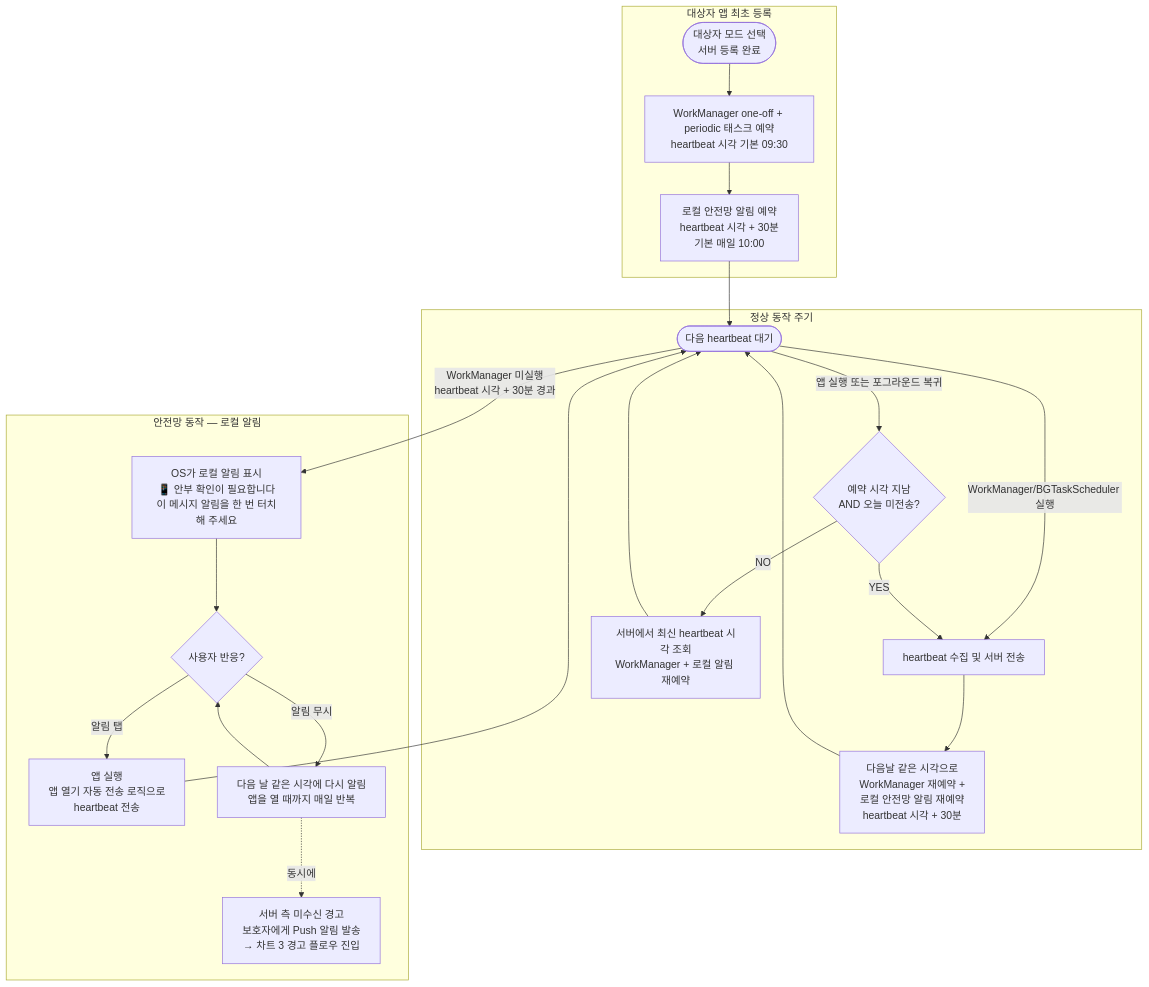
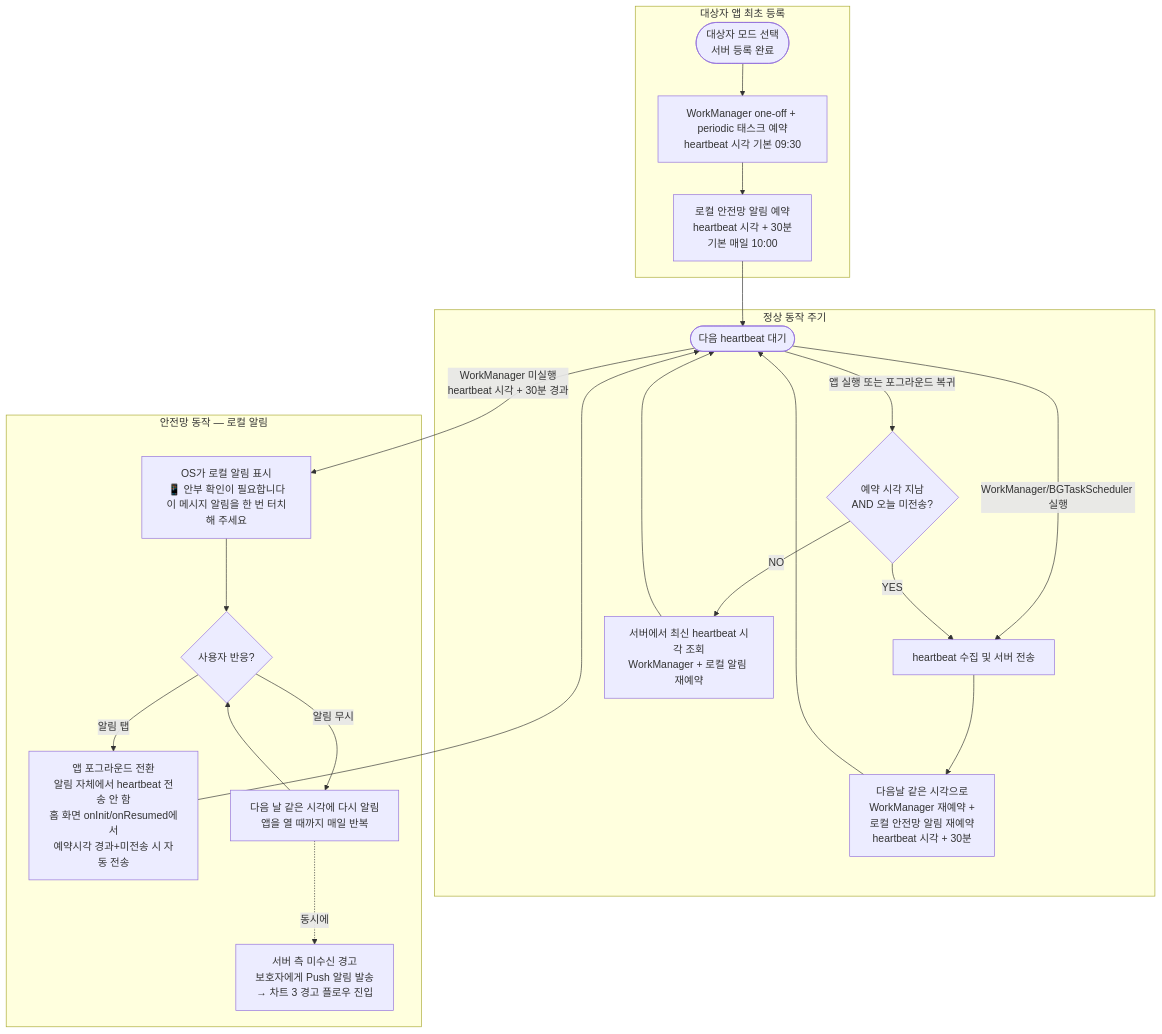
The seventh of 7 diagrams in .claude/rules/heartbeat_flowchart.md (l10s18bok/kr.co.anbucheck), drawn with Mermaid before and after one commit. The commit also changed other lines of this file and 3 other files, not shown here.

````diff
--- a/.claude/rules/heartbeat_flowchart.md
+++ b/.claude/rules/heartbeat_flowchart.md
@@ -237,37 +237,37 @@
 ```mermaid
 flowchart TD
     subgraph 최초설치[대상자 앱 최초 등록]
         Install([대상자 모드 선택<br/>서버 등록 완료])
         Install --> FirstWM[WorkManager one-off + periodic 태스크 예약<br/>heartbeat 시각 기본 09:30]
         FirstWM --> FirstAlarm[로컬 안전망 알림 예약<br/>heartbeat 시각 + 30분<br/>기본 매일 10:00]
     end
 
     FirstAlarm --> Wait
 
     subgraph 정상주기[정상 동작 주기]
         Wait([다음 heartbeat 대기])
         Wait -->|WorkManager/BGTaskScheduler 실행| Collect[heartbeat 수집 및 서버 전송]
         Collect --> Reschedule[다음날 같은 시각으로<br/>WorkManager 재예약 +<br/>로컬 안전망 알림 재예약<br/>heartbeat 시각 + 30분]
         Reschedule --> Wait
         Wait -->|앱 실행 또는 포그라운드 복귀| AutoSend{예약 시각 지남<br/>AND 오늘 미전송?}
         AutoSend -->|YES| Collect
         AutoSend -->|NO| ServerSync[서버에서 최신 heartbeat 시각 조회<br/>WorkManager + 로컬 알림 재예약]
         ServerSync --> Wait
     end
 
     Wait -->|WorkManager 미실행<br/>heartbeat 시각 + 30분 경과| Alarm
 
     subgraph 안전망[안전망 동작 — 로컬 알림]
         Alarm[OS가 로컬 알림 표시<br/>📱 안부 확인이 필요합니다<br/>이 메시지 알림을 한 번 터치해 주세요]
 
         Alarm --> UserAction{사용자 반응?}
 
-        UserAction -->|알림 탭| AppOpen[앱 실행<br/>앱 열기 자동 전송 로직으로<br/>heartbeat 전송]
+        UserAction -->|알림 탭| AppOpen[앱 포그라운드 전환<br/>알림 자체에서 heartbeat 전송 안 함<br/>홈 화면 onInit/onResumed에서<br/>예약시각 경과+미전송 시 자동 전송]
         AppOpen --> Wait
 
         UserAction -->|알림 무시| Repeat[다음 날 같은 시각에 다시 알림<br/>앱을 열 때까지 매일 반복]
         Repeat --> UserAction
 
         Repeat -.->|동시에| ServerAlert[서버 측 미수신 경고<br/>보호자에게 Push 알림 발송<br/>→ 차트 3 경고 플로우 진입]
     end
 ```
````
